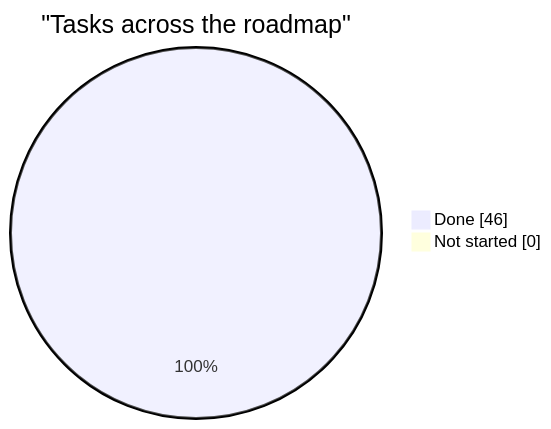
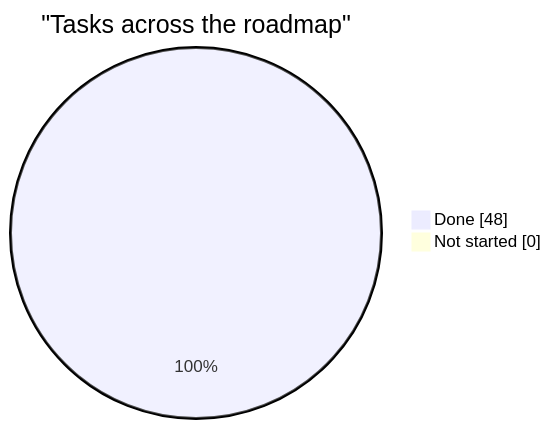
The diagram in docs/planning/status.md (AdamClemens/PyFlow), drawn with Mermaid before and after one commit. The commit also changed other lines of this file and 21 other files, not shown here.

````diff
--- a/docs/planning/status.md
+++ b/docs/planning/status.md
@@ -23,6 +23,6 @@
 ```mermaid
 pie showData
     title "Tasks across the roadmap"
-    "Done" : 46
+    "Done" : 48
     "Not started" : 0
 ```
````
